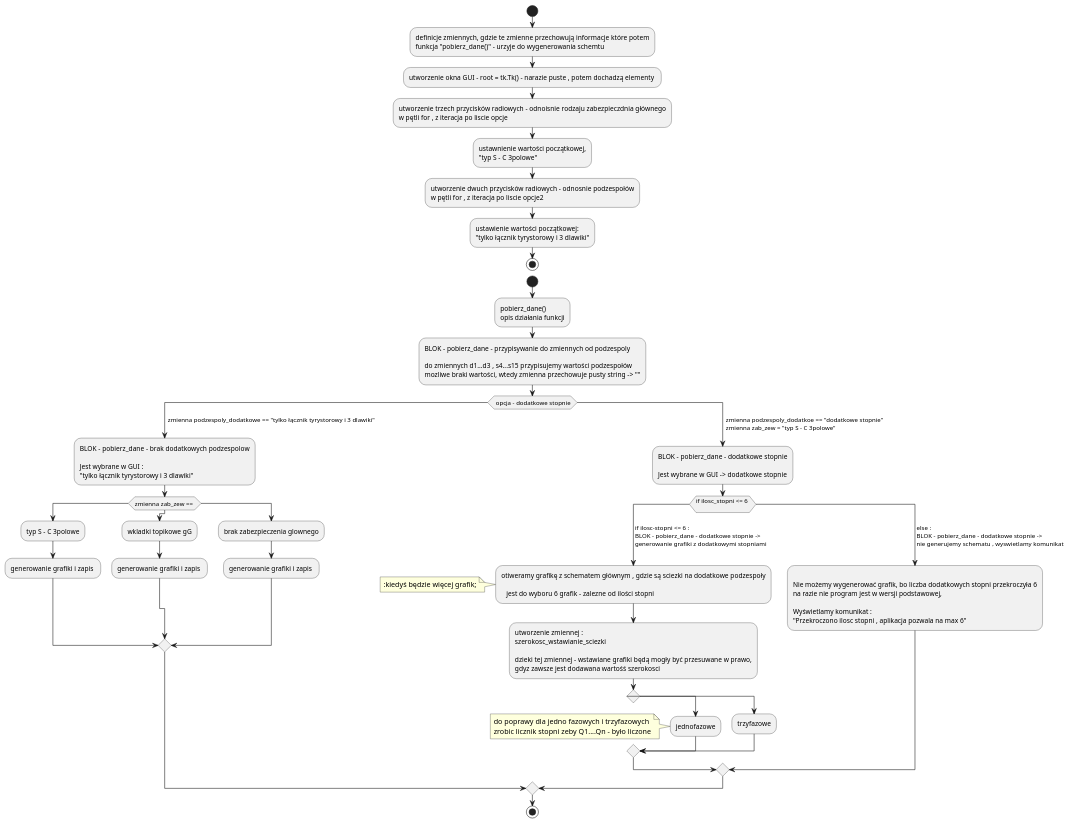
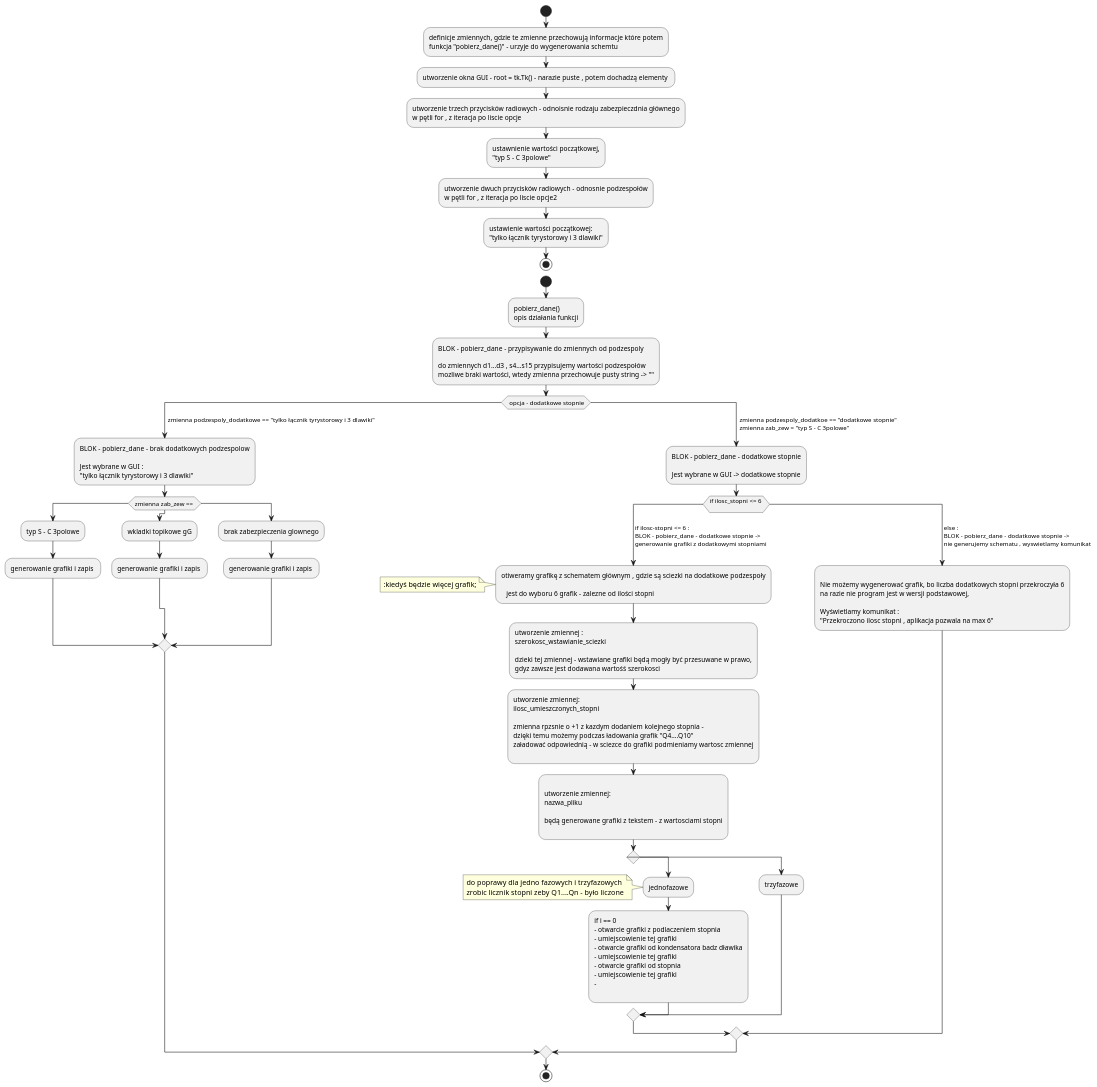
One commit to Froniu7/Projekt-dla-Marka- changed the diagram in generator_schematow_SVC/dzialanie_od_kodu.puml. Above: the diagram before and after it, drawn with PlantUML. The commit also changed 6 other files, not shown here.

Commit message:
dodanie funkcji do generowania grafik z tekstem pod kazdym stopniem

```diff
--- a/generator_schematow_SVC/dzialanie_od_kodu.puml
+++ b/generator_schematow_SVC/dzialanie_od_kodu.puml
@@ -1,85 +1,107 @@
 @startuml
 
 start
 :definicje zmiennych, gdzie te zmienne przechowują informacje które potem
 funkcja "pobierz_dane()" - urzyje do wygenerowania schemtu;
 :utworzenie okna GUI - root = tk.Tk() - narazie puste , potem dochadzą elementy ;
 :utworzenie trzech przycisków radiowych - odnoisnie rodzaju zabezpieczdnia głównego
 w pętli for , z iteracja po liscie opcje;
 :ustawnienie wartości początkowej,
 "typ S - C 3polowe";
 :utworzenie dwuch przycisków radiowych - odnosnie podzespołów
 w pętli for , z iteracja po liscie opcje2;
 :ustawienie wartości początkowej:
 "tylko łącznik tyrystorowy i 3 dlawiki";
 stop
 
 
 start
 :pobierz_dane()
 opis działania funkcji;
 :BLOK - pobierz_dane - przypisywanie do zmiennych od podzespoly
 
 do zmiennych d1...d3 , s4...s15 przypisujemy wartości podzespołów
 mozliwe braki wartości, wtedy zmienna przechowuje pusty string -> "";
 switch( opcja - dodatkowe stopnie)
 case(  zmienna podzespoly_dodatkowe == "tylko łącznik tyrystorowy i 3 dlawiki")
 :BLOK - pobierz_dane - brak dodatkowych podzespolow
 
 Jest wybrane w GUI :
 "tylko łącznik tyrystorowy i 3 dlawiki";
 switch(zmienna zab_zew == )
 case()
 :typ S - C 3polowe;
 :generowanie grafiki i zapis ;
 case()
 :wkladki topikowe gG;
 :generowanie grafiki i zapis ;
 case()
 :brak zabezpieczenia glownego;
 :generowanie grafiki i zapis ;
 endswitch
 case(  zmienna podzespoly_dodatkoe == "dodatkowe stopnie"\n  zmienna zab_zew = "typ S - C 3polowe")
 :BLOK - pobierz_dane - dodatkowe stopnie
 
 Jest wybrane w GUI -> dodatkowe stopnie;
     switch(if ilosc_stopni <= 6 \n )
         case( if ilosc-stopni <= 6 : \n BLOK - pobierz_dane - dodatkowe stopnie -> \n generowanie grafiki z dodatkowymi stopniami )
 
             :otiweramy grafikę z schematem głównym , gdzie są sciezki na dodatkowe podzespoły
 
                jest do wyboru 6 grafik - zalezne od ilości stopni;
                note left
                 :kiedyś będzie więcej grafik;
                 endnote
             :utworzenie zmiennej :
             szerokosc_wstawianie_sciezki
 
             dzieki tej zmiennej - wstawiane grafiki będą mogły być przesuwane w prawo,
             gdyz zawsze jest dodawana wartośś szerokosci;
+            :utworzenie zmiennej:
+            ilosc_umieszczonych_stopni
+
+            zmienna rpzsnie o +1 z kazdym dodaniem kolejnego stopnia -
+            dzięki temu możemy podczas ładowania grafik "Q4....Q10"
+            załadować odpowiednią - w sciezce do grafiki podmieniamy wartosc zmiennej
+            ;
+            :
+            utworzenie zmiennej:
+            nazwa_pliku
+
+            będą generowane grafiki z tekstem - z wartosciami stopni
+            ;
                 switch()
                     case()
                         :jednofazowe;
                         note left
                         do poprawy dla jedno fazowych i trzyfazowych
                         zrobic licznik stopni zeby Q1....Qn - było liczone
                         endnote
+                        :if i == 0
+                        - otwarcie grafiki z podlaczeniem stopnia
+                        - umiejscowienie tej grafiki
+                        - otwarcie grafiki od kondensatora badz dławika
+                        - umiejscowienie tej grafiki
+                        - otwarcie grafiki od stopnia
+                        - umiejscowienie tej grafiki
+                        -
+                        ;
                     case()
                         :trzyfazowe;
                 endswitch
         case( else : \n BLOK - pobierz_dane - dodatkowe stopnie -> \n nie generujemy schematu , wyswietlamy komunikat )
             :
             Nie możemy wygenerować grafik, bo liczba dodatkowych stopni przekroczyła 6
             na razie nie program jest w wersji podstawowej,
 
             Wyświetlamy komunikat :
             "Przekroczono ilosc stopni , aplikacja pozwala na max 6";
 
 
 endswitch
 
 
 endswitch
 stop
 
 @enduml
```
